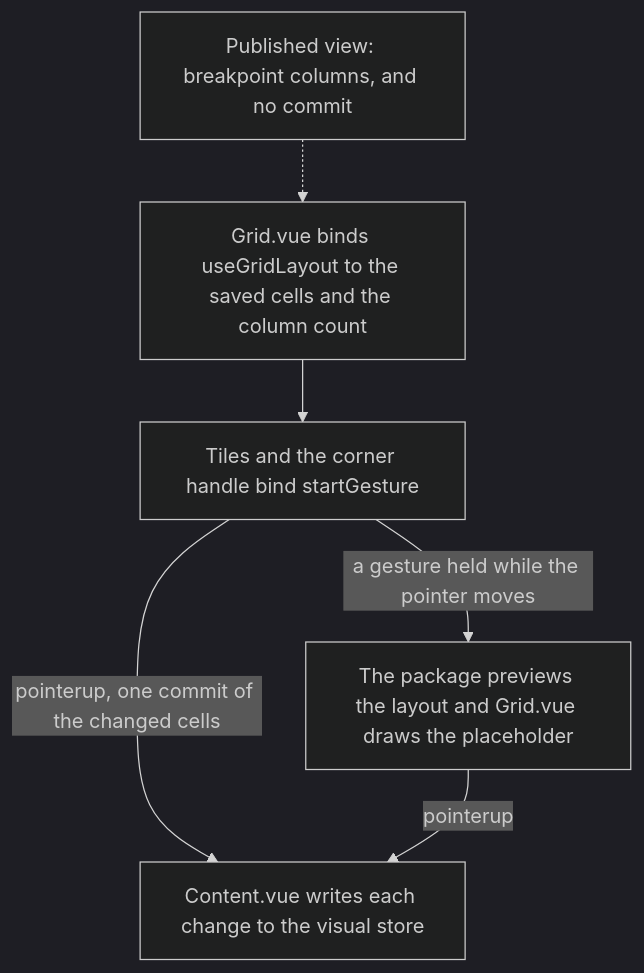
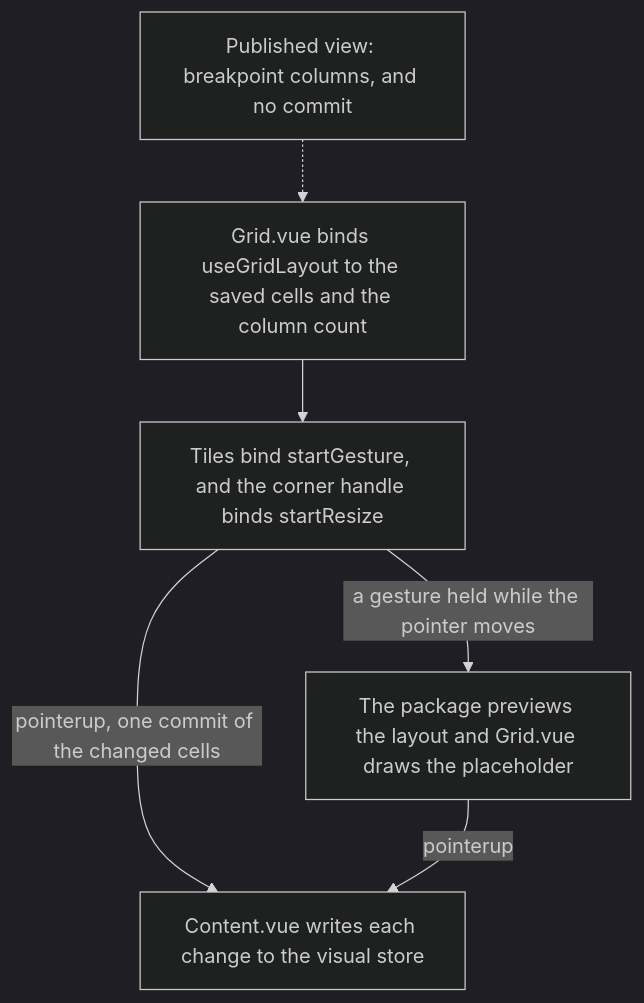
Before and after one commit to Esposter/Esposter: the diagram in openspec/specs/resource/dashboard-grid/design.md, drawn with Mermaid (dark theme). The commit also changed other lines of this file and 13 other files, not shown here.

First line of the commit message:
docs(openspec): the grid's palette drop, grow-to-content, every-edge resize, sideways compaction and collision modes are deferred

````diff
--- a/openspec/specs/resource/dashboard-grid/design.md
+++ b/openspec/specs/resource/dashboard-grid/design.md
@@ -11,8 +11,8 @@
 ```mermaid
 flowchart TD
-  A["Grid.vue binds useGridLayout to the saved cells and the column count"] --> B["Tiles and the corner handle bind startGesture"]
+  A["Grid.vue binds useGridLayout to the saved cells and the column count"] --> B["Tiles bind startGesture, and the corner handle binds startResize"]
   B -->|"pointerup, one commit of the changed cells"| C["Content.vue writes each change to the visual store"]
   B -->|"a gesture held while the pointer moves"| D["The package previews the layout and Grid.vue draws the placeholder"]
   D -->|"pointerup"| C
   E["Published view: breakpoint columns, and no commit"] -.-> A
 ```
````
